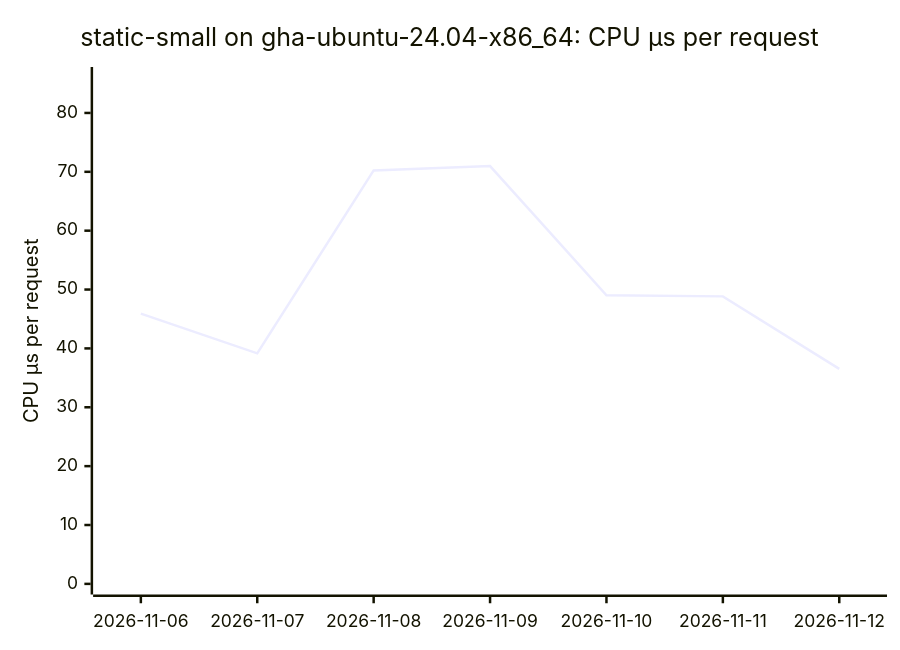
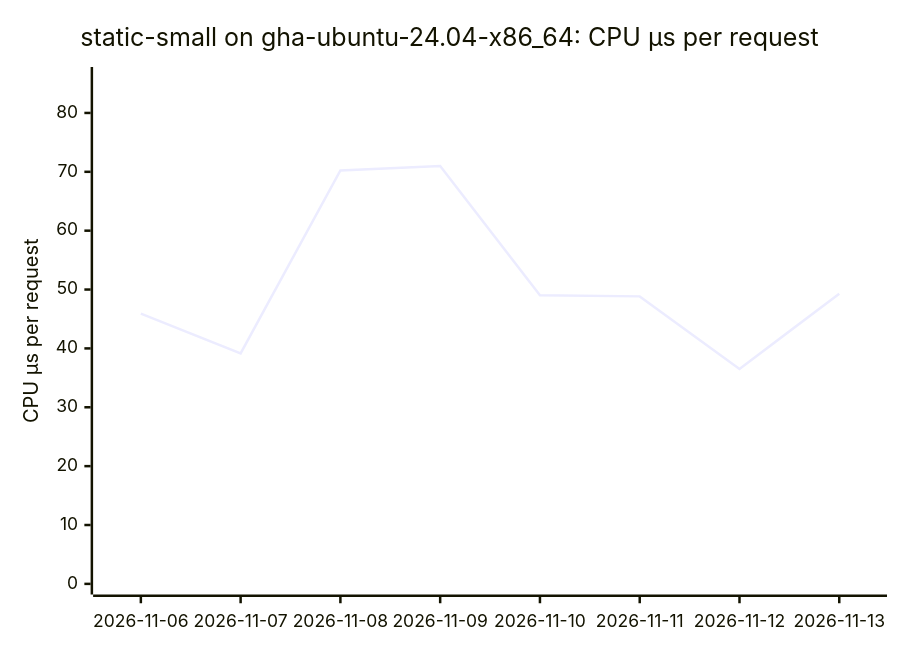
The first of 18 diagrams in BENCHMARKS.md (ThePixelPilgrim/durchlauferhitzer), drawn with Mermaid before and after one commit. The commit also changed other lines of this file and 1 other file, not shown here.

````diff
--- a/BENCHMARKS.md
+++ b/BENCHMARKS.md
@@ -26,7 +26,7 @@
 ```mermaid
 xychart-beta
   title "static-small on gha-ubuntu-24.04-x86_64: CPU µs per request"
-  x-axis ["2026-11-06", "2026-11-07", "2026-11-08", "2026-11-09", "2026-11-10", "2026-11-11", "2026-11-12"]
+  x-axis ["2026-11-06", "2026-11-07", "2026-11-08", "2026-11-09", "2026-11-10", "2026-11-11", "2026-11-12", "2026-11-13"]
   y-axis "CPU µs per request" 0 --> 86
-  line [45.92, 39.16, 70.24, 70.98, 49.03, 48.84, 36.52]
+  line [45.92, 39.16, 70.24, 70.98, 49.03, 48.84, 36.52, 49.28]
 ```
````
